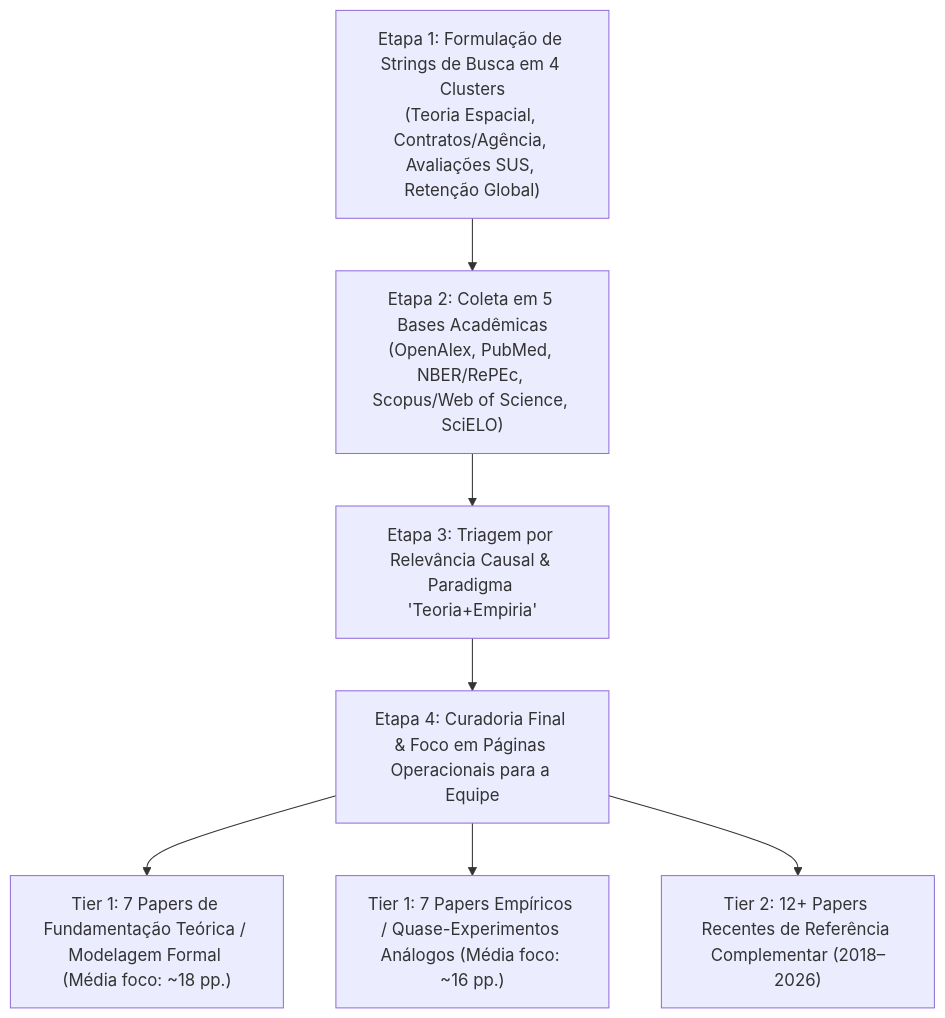
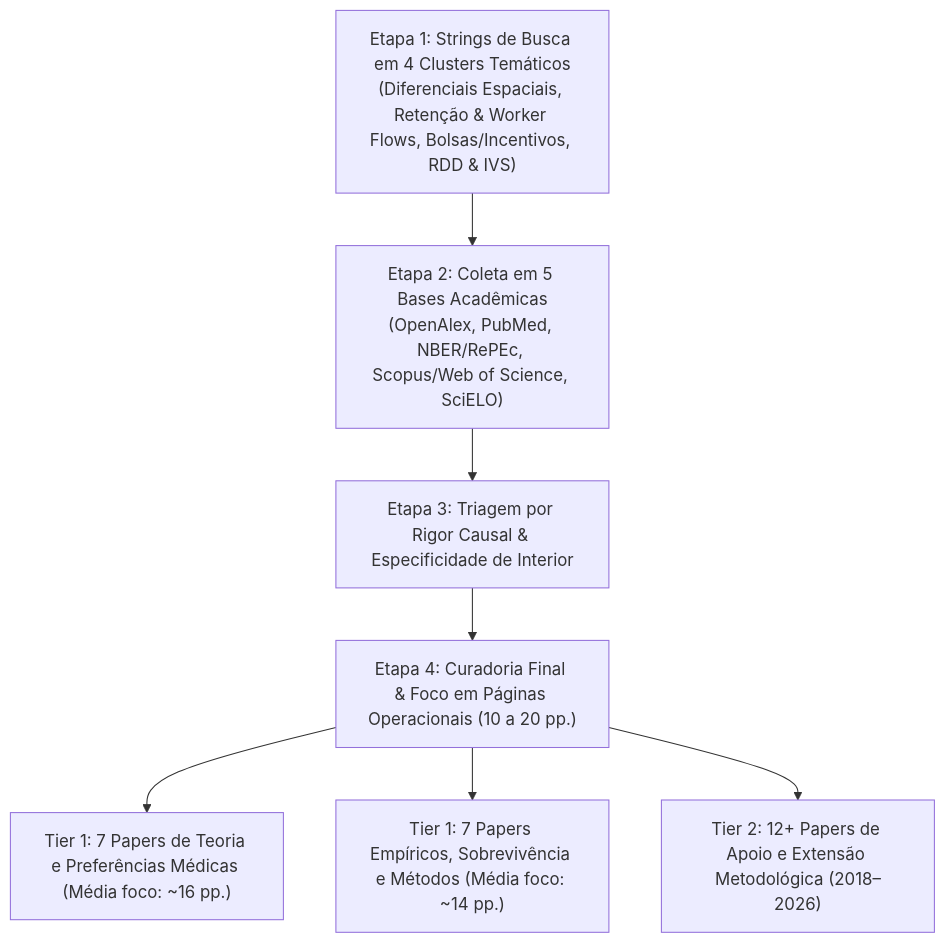
One commit to ka1victor/impact-eval-health-econ-pmme changed the diagram in docs/08_plano_leitura_equipe_literatura.md. Above: the diagram before and after it, drawn with Mermaid. The commit also changed other lines of this file and 76 other files, not shown here.

First line of the commit message:
feat(tema): auditar atracao e provimento no interior, modelagem micro e filas A1-A6 e R1-R5

````diff
--- a/docs/08_plano_leitura_equipe_literatura.md
+++ b/docs/08_plano_leitura_equipe_literatura.md
@@ -14,10 +15,10 @@
 ```mermaid
 graph TD
-    S1["Etapa 1: Formulação de Strings de Busca em 4 Clusters<br/>(Teoria Espacial, Contratos/Agência, Avaliações SUS, Retenção Global)"] --> S2["Etapa 2: Coleta em 5 Bases Acadêmicas<br/>(OpenAlex, PubMed, NBER/RePEc, Scopus/Web of Science, SciELO)"]
-    S2 --> S3["Etapa 3: Triagem por Relevância Causal & Paradigma 'Teoria+Empiria'"]
-    S3 --> S4["Etapa 4: Curadoria Final & Foco em Páginas Operacionais para a Equipe"]
+    S1["Etapa 1: Strings de Busca em 4 Clusters Temáticos<br/>(Diferenciais Espaciais, Retenção & Worker Flows, Bolsas/Incentivos, RDD & IVS)"] --> S2["Etapa 2: Coleta em 5 Bases Acadêmicas<br/>(OpenAlex, PubMed, NBER/RePEc, Scopus/Web of Science, SciELO)"]
+    S2 --> S3["Etapa 3: Triagem por Rigor Causal & Especificidade de Interior"]
+    S3 --> S4["Etapa 4: Curadoria Final & Foco em Páginas Operacionais (10 a 20 pp.)"]
     
-    S4 --> T1["Tier 1: 7 Papers de Fundamentação Teórica / Modelagem Formal (Média foco: ~18 pp.)"]
-    S4 --> T2["Tier 1: 7 Papers Empíricos / Quase-Experimentos Análogos (Média foco: ~16 pp.)"]
-    S4 --> T3["Tier 2: 12+ Papers Recentes de Referência Complementar (2018–2026)"]
+    S4 --> T1["Tier 1: 7 Papers de Teoria e Preferências Médicas (Média foco: ~16 pp.)"]
+    S4 --> T2["Tier 1: 7 Papers Empíricos, Sobrevivência e Métodos (Média foco: ~14 pp.)"]
+    S4 --> T3["Tier 2: 12+ Papers de Apoio e Extensão Metodológica (2018–2026)"]
 ```
````
